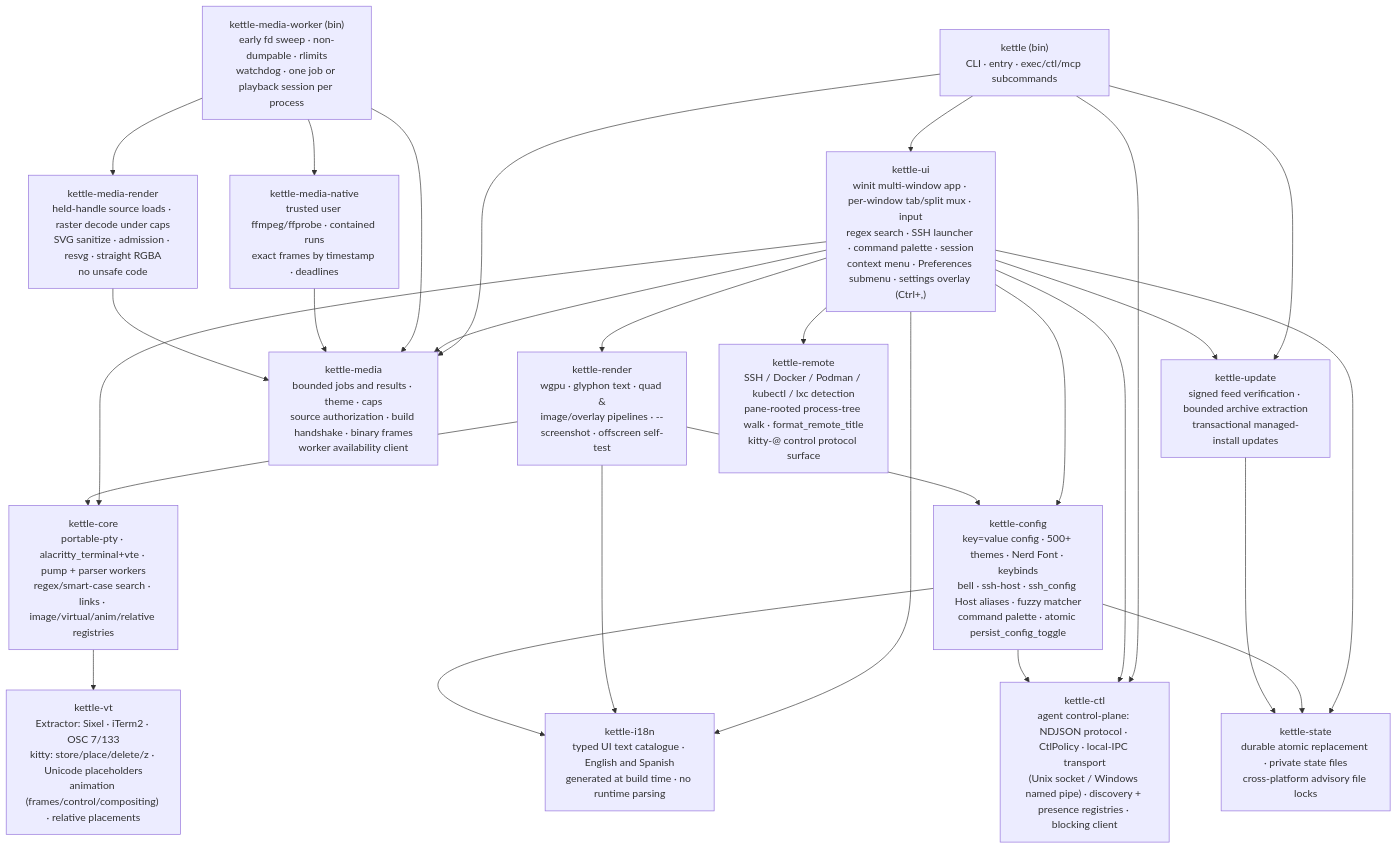
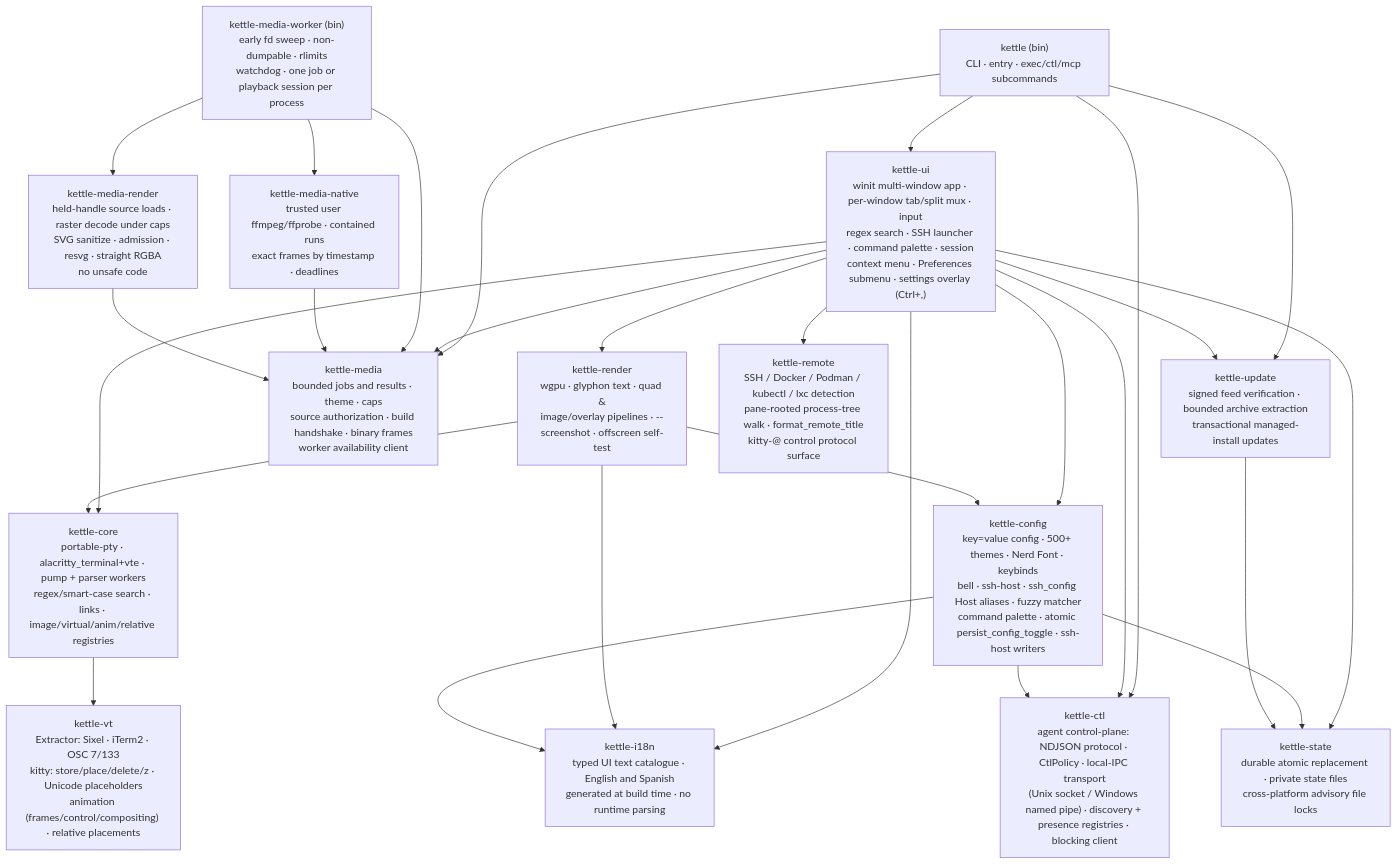
The first of 11 diagrams in docs/ARCHITECTURE.md (Reddimus/kettle), drawn with Mermaid before and after one commit. The commit also changed other lines of this file and 6 other files, not shown here.

````diff
--- a/docs/ARCHITECTURE.md
+++ b/docs/ARCHITECTURE.md
@@ -10,35 +10,35 @@
 ```mermaid
 graph TD
     bin["kettle (bin)<br/>CLI · entry · exec/ctl/mcp subcommands"] --> ui
     bin --> ctl
     bin --> update
     bin --> media
     ui["kettle-ui<br/>winit multi-window app · per-window tab/split mux · input<br/>regex search · SSH launcher · command palette · session<br/>context menu · Preferences submenu · settings overlay (Ctrl+,)"] --> render
     ui --> core
     ui --> cfg
     ui --> remote
     ui --> ctl
     ui --> state
     ui --> update
     ui --> i18n
     ui --> media
     i18n["kettle-i18n<br/>typed UI text catalogue · English and Spanish<br/>generated at build time · no runtime parsing"]
     ctl["kettle-ctl<br/>agent control-plane: NDJSON protocol · CtlPolicy · local-IPC transport<br/>(Unix socket / Windows named pipe) · discovery + presence registries · blocking client"]
     render["kettle-render<br/>wgpu · glyphon text · quad &<br/>image/overlay pipelines · --screenshot · offscreen self-test"] --> core
     render --> cfg
     render --> i18n
     core["kettle-core<br/>portable-pty · alacritty_terminal+vte · pump + parser workers<br/>regex/smart-case search · links · image/virtual/anim/relative registries"] --> vt
     cfg --> i18n
     cfg --> ctl
-    cfg["kettle-config<br/>key=value config · 500+ themes · Nerd Font · keybinds<br/>bell · ssh-host · ssh_config Host aliases · fuzzy matcher<br/>command palette · atomic persist_config_toggle"] --> state
+    cfg["kettle-config<br/>key=value config · 500+ themes · Nerd Font · keybinds<br/>bell · ssh-host · ssh_config Host aliases · fuzzy matcher<br/>command palette · atomic persist_config_toggle · ssh-host writers"] --> state
     vt["kettle-vt<br/>Extractor: Sixel · iTerm2 · OSC 7/133<br/>kitty: store/place/delete/z · Unicode placeholders<br/>animation (frames/control/compositing) · relative placements"]
     remote["kettle-remote<br/>SSH / Docker / Podman / kubectl / lxc detection<br/>pane-rooted process-tree walk · format_remote_title<br/>kitty-@ control protocol surface"]
     update["kettle-update<br/>signed feed verification · bounded archive extraction<br/>transactional managed-install updates"] --> state
     state["kettle-state<br/>durable atomic replacement · private state files<br/>cross-platform advisory file locks"]
     media["kettle-media<br/>bounded jobs and results · theme · caps<br/>source authorization · build handshake · binary frames<br/>worker availability client"]
     worker["kettle-media-worker (bin)<br/>early fd sweep · non-dumpable · rlimits<br/>watchdog · one job or playback session per process"] --> media
     worker --> mrender
     worker --> mnative
     mnative["kettle-media-native<br/>trusted user ffmpeg/ffprobe · contained runs<br/>exact frames by timestamp · deadlines"] --> media
     mrender["kettle-media-render<br/>held-handle source loads · raster decode under caps<br/>SVG sanitize · admission · resvg · straight RGBA<br/>no unsafe code"] --> media
 ```
````
